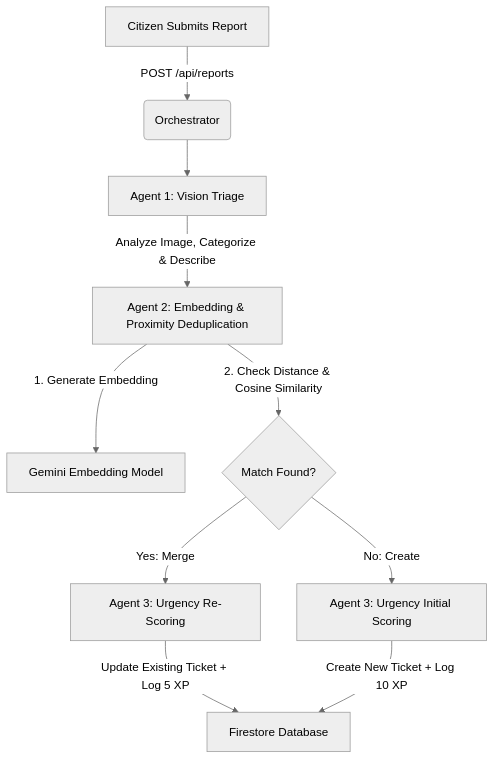
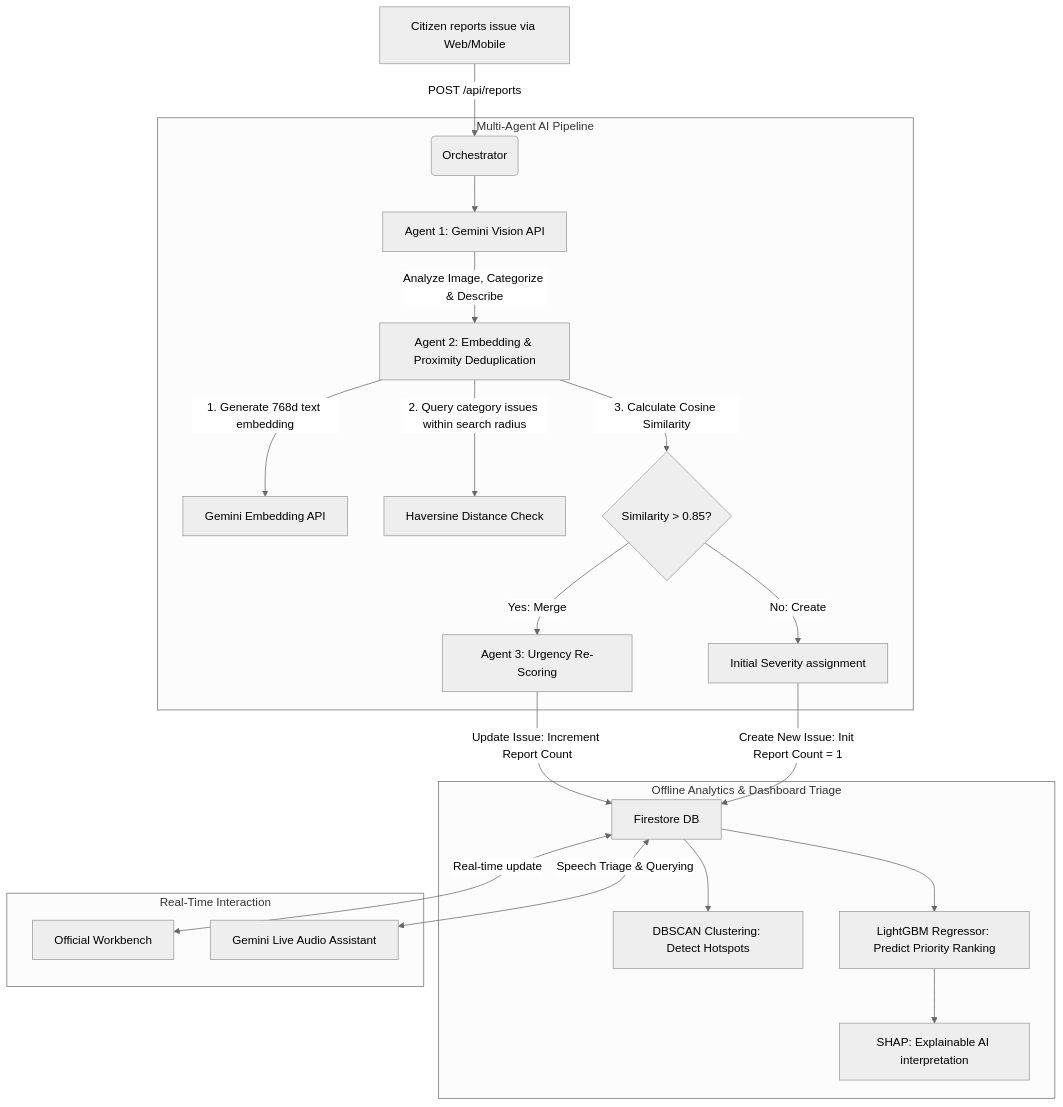
Before and after one commit to kingspy89/vibe2ship: the diagram in README.md, drawn with Mermaid (neutral theme). The commit also changed other lines of this file and 2 other files, not shown here.

Commit message:
docs: update architectural diagram, update model references, and add ML prioritization analysis tools

````diff
--- a/README.md
+++ b/README.md
@@ -38,12 +38,28 @@
 ```mermaid
-graph TD
-    A[Citizen Submits Report] -->|POST /api/reports| B(Orchestrator)
-    B --> C[Agent 1: Vision Triage]
-    C -->|Analyze Image, Categorize & Describe| D[Agent 2: Embedding & Proximity Deduplication]
-    D -->|1. Generate Embedding| E[Gemini Embedding Model]
-    D -->|2. Check Distance & Cosine Similarity| F{Match Found?}
-    F -->|Yes: Merge| G[Agent 3: Urgency Re-Scoring]
-    F -->|No: Create| H[Agent 3: Urgency Initial Scoring]
-    G -->|Update Existing Ticket + Log 5 XP| I[Firestore Database]
-    H -->|Create New Ticket + Log 10 XP| I
+flowchart TD
+    A[Citizen reports issue via Web/Mobile] -->|POST /api/reports| B(Orchestrator)
+    
+    subgraph Multi-Agent AI Pipeline
+        B --> C[Agent 1: Gemini Vision API]
+        C -->|Analyze Image, Categorize & Describe| D[Agent 2: Embedding & Proximity Deduplication]
+        D -->|1. Generate 768d text embedding| E[Gemini Embedding API]
+        D -->|2. Query category issues within search radius| F[Haversine Distance Check]
+        D -->|3. Calculate Cosine Similarity| G{Similarity > 0.85?}
+        G -->|Yes: Merge| H[Agent 3: Urgency Re-Scoring]
+        G -->|No: Create| I[Initial Severity assignment]
+    end
+    
+    H -->|Update Issue: Increment Report Count| J[Firestore DB]
+    I -->|Create New Issue: Init Report Count = 1| J
+    
+    subgraph Offline Analytics & Dashboard Triage
+        J --> K[DBSCAN Clustering: Detect Hotspots]
+        J --> L[LightGBM Regressor: Predict Priority Ranking]
+        L --> M[SHAP: Explainable AI interpretation]
+    end
+    
+    subgraph Real-Time Interaction
+        J <-->|Real-time update| N[Official Workbench]
+        J <-->|Speech Triage & Querying| O[Gemini Live Audio Assistant]
+    end
 ```
````
